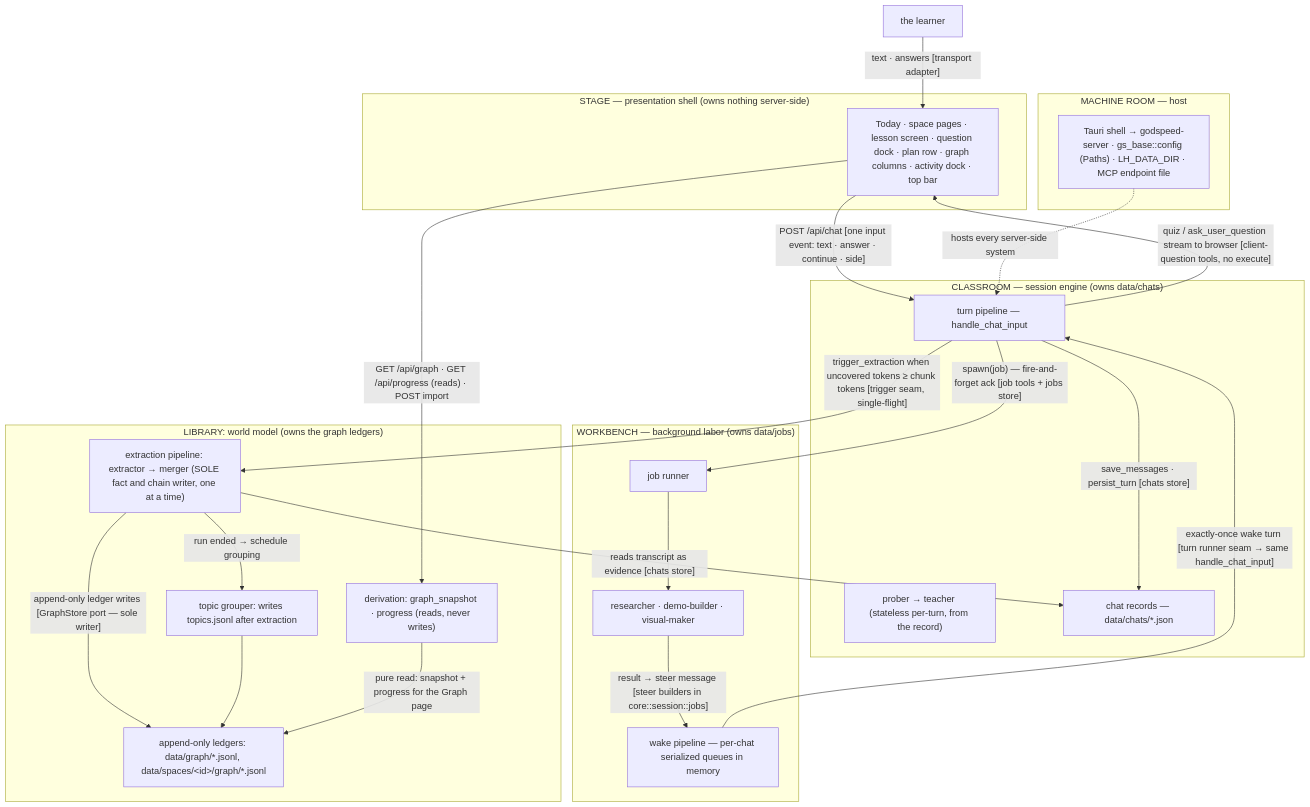
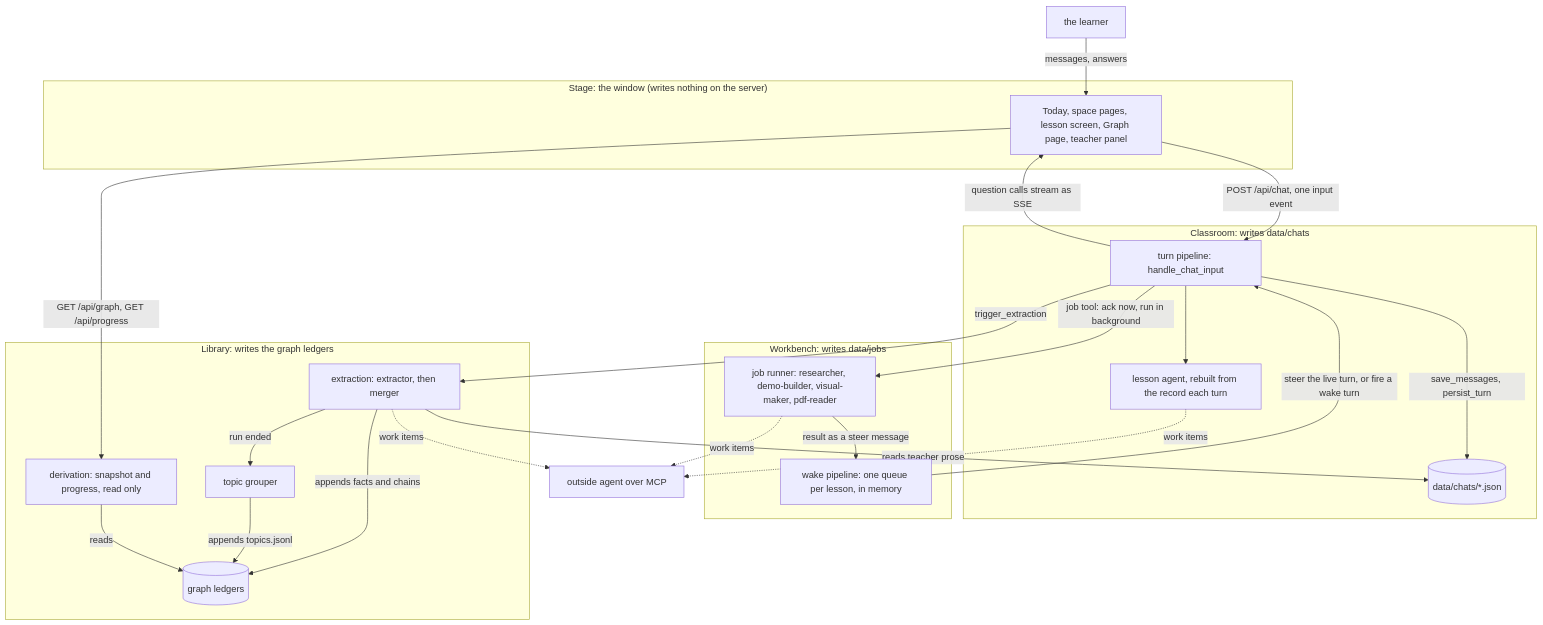
Before and after one commit to bayshores/godspeed: the second of 2 diagrams in docs/architecture.md, drawn with Mermaid. The commit also changed other lines of this file and 10 other files, not shown here.

````diff
--- a/docs/architecture.md
+++ b/docs/architecture.md
@@ -223,48 +152,47 @@
 ```mermaid
 flowchart TB
     LEARNER["the learner"]
 
-    subgraph STAGE["STAGE — presentation shell (owns nothing server-side)"]
-        UI["Today · space pages · lesson screen · question dock · plan row · graph columns · activity dock · top bar"]
+    subgraph STAGE["Stage: the window (writes nothing on the server)"]
+        UI["Today, space pages, lesson screen, Graph page, teacher panel"]
     end
 
-    subgraph CLASSROOM["CLASSROOM — session engine (owns data/chats)"]
-        TURN["turn pipeline — handle_chat_input"]
-        AGENTS["prober → teacher (stateless per-turn, from the record)"]
-        CHATDATA["chat records — data/chats/*.json"]
+    subgraph CLASSROOM["Classroom: writes data/chats"]
+        TURN["turn pipeline: handle_chat_input"]
+        AGENTS["lesson agent, rebuilt from the record each turn"]
+        CHATS[("data/chats/*.json")]
     end
 
-    subgraph WORKBENCH["WORKBENCH — background labor (owns data/jobs)"]
-        JOBRUN["job runner"]
-        SUBAGENTS["researcher · demo-builder · visual-maker"]
-        WAKE["wake pipeline — per-chat serialized queues in memory"]
+    subgraph WORKBENCH["Workbench: writes data/jobs"]
+        RUNNER["job runner: researcher, demo-builder, visual-maker, pdf-reader"]
+        WAKE["wake pipeline: one queue per lesson, in memory"]
     end
 
-    subgraph LIBRARY["LIBRARY: world model (owns the graph ledgers)"]
-        EXTRACT["extraction pipeline: extractor → merger (SOLE fact and chain writer, one at a time)"]
-        TOPICS["topic grouper: writes topics.jsonl after extraction"]
-        DERIVE["derivation: graph_snapshot · progress (reads, never writes)"]
-        GRAPHDATA["append-only ledgers: data/graph/*.jsonl, data/spaces/&lt;id&gt;/graph/*.jsonl"]
+    subgraph LIBRARY["Library: writes the graph ledgers"]
+        EXTRACT["extraction: extractor, then merger"]
+        TOPICS["topic grouper"]
+        DERIVE["derivation: snapshot and progress, read only"]
+        LEDGERS[("graph ledgers")]
     end
 
-    subgraph ROOM["MACHINE ROOM — host"]
-        HOST["Tauri shell → godspeed-server · gs_base::config (Paths) · LH_DATA_DIR · MCP endpoint file"]
-    end
+    OUTSIDE["outside agent over MCP"]
 
-    LEARNER -->|"text · answers [transport adapter]"| UI
-    UI -->|"POST /api/chat [one input event: text · answer · continue · side]"| TURN
-    TURN -->|"quiz / ask_user_question stream to browser [client-question tools, no execute]"| UI
-    TURN -->|"save_messages · persist_turn [chats store]"| CHATDATA
-    TURN -->|"spawn(job) — fire-and-forget ack [job tools + jobs store]"| JOBRUN
-    JOBRUN --> SUBAGENTS
-    SUBAGENTS -->|"result → steer message [steer builders in core::session::jobs]"| WAKE
-    WAKE -->|"exactly-once wake turn [turn runner seam → same handle_chat_input]"| TURN
-    TURN -->|"trigger_extraction when uncovered tokens ≥ chunk tokens [trigger seam, single-flight]"| EXTRACT
-    EXTRACT -->|"reads transcript as evidence [chats store]"| CHATDATA
-    EXTRACT -->|"append-only ledger writes [GraphStore port — sole writer]"| GRAPHDATA
-    EXTRACT -->|"run ended → schedule grouping"| TOPICS
-    TOPICS --> GRAPHDATA
-    DERIVE -->|"pure read: snapshot + progress for the Graph page"| GRAPHDATA
-    UI -->|"GET /api/graph · GET /api/progress (reads) · POST import"| DERIVE
-    HOST -.->|"hosts every server-side system"| TURN
+    LEARNER -->|"messages, answers"| UI
+    UI -->|"POST /api/chat, one input event"| TURN
+    TURN --> AGENTS
+    TURN -->|"question calls stream as SSE"| UI
+    TURN -->|"save_messages, persist_turn"| CHATS
+    TURN -->|"job tool: ack now, run in background"| RUNNER
+    RUNNER -->|"result as a steer message"| WAKE
+    WAKE -->|"steer the live turn, or fire a wake turn"| TURN
+    TURN -->|"trigger_extraction"| EXTRACT
+    EXTRACT -->|"reads teacher prose"| CHATS
+    EXTRACT -->|"appends facts and chains"| LEDGERS
+    EXTRACT -->|"run ended"| TOPICS
+    TOPICS -->|"appends topics.jsonl"| LEDGERS
+    DERIVE -->|"reads"| LEDGERS
+    UI -->|"GET /api/graph, GET /api/progress"| DERIVE
+    AGENTS -.->|"work items"| OUTSIDE
+    RUNNER -.->|"work items"| OUTSIDE
+    EXTRACT -.->|"work items"| OUTSIDE
 ```
````
